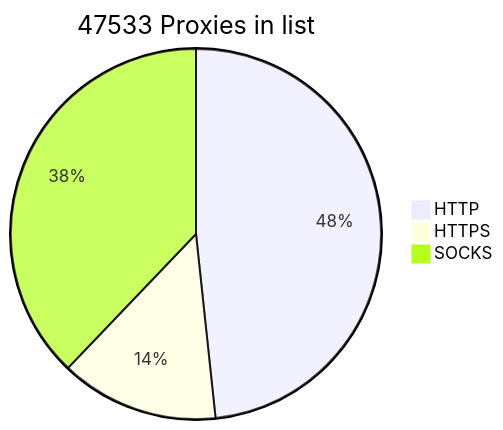
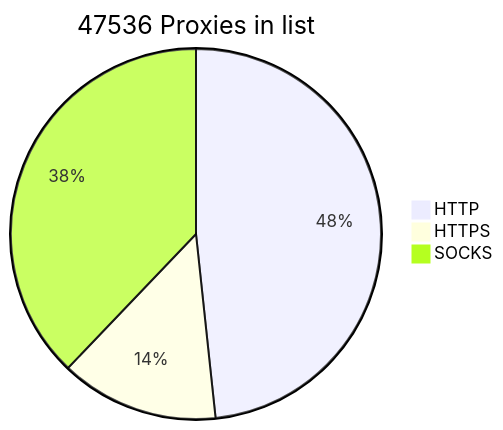
The diagram in README.md (BlackSnowDot/proxylist-update-every-minute), drawn with Mermaid before and after one commit.

````diff
--- a/README.md
+++ b/README.md
@@ -2,6 +2,6 @@
 ```mermaid
-pie title 47533 Proxies in list
+pie title 47536 Proxies in list
     "HTTP" : 25681
     "HTTPS": 7349
-    "SOCKS" : 20126
+    "SOCKS" : 20127
 ```
````
